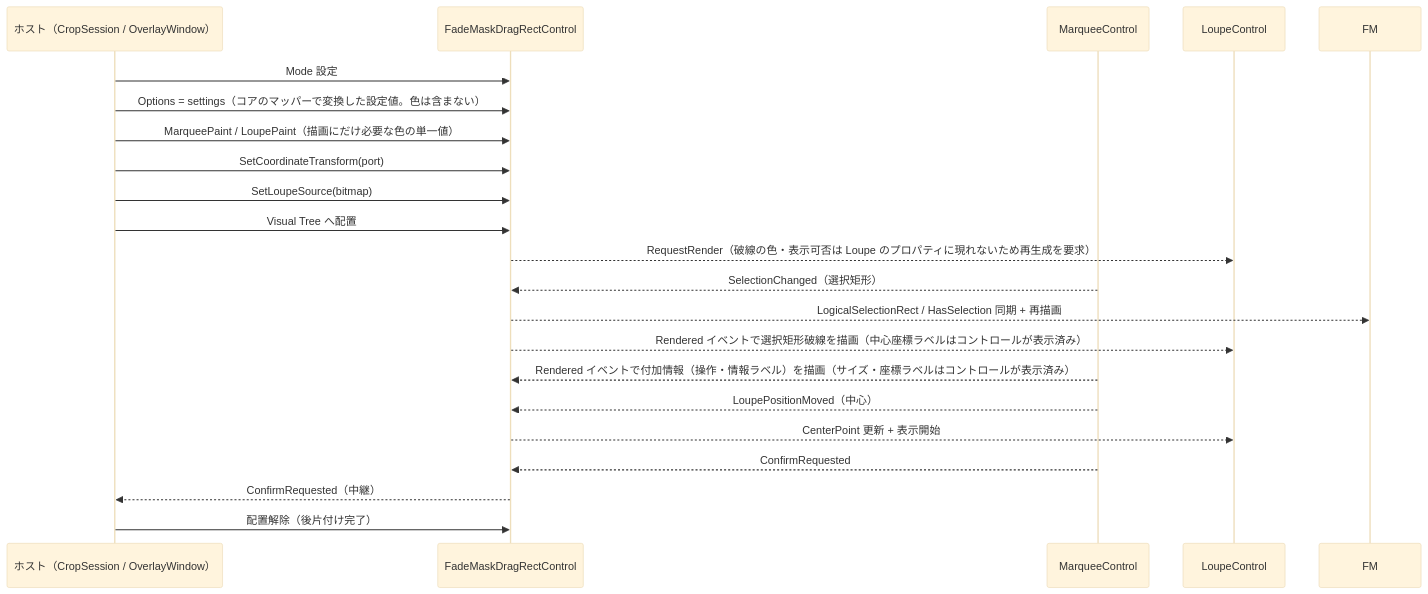
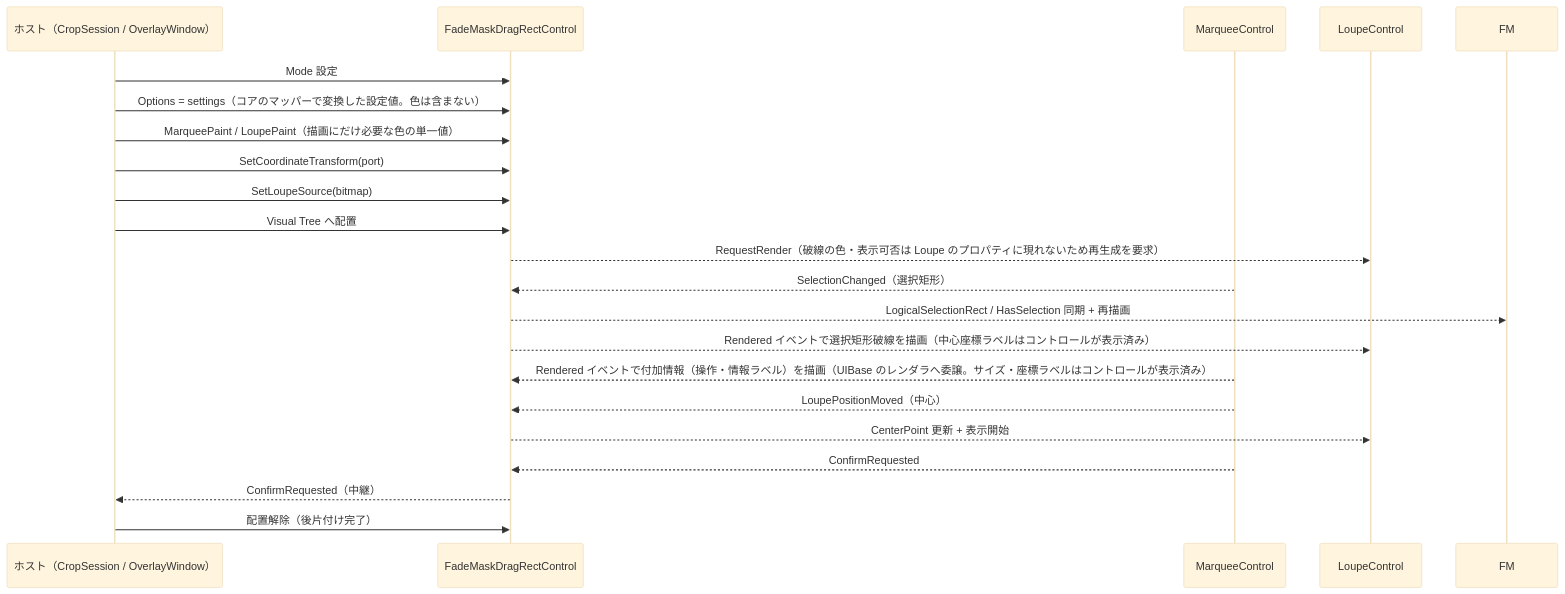
Before and after one commit to tomokuni/SaveEvidence: the second of 2 diagrams in src/FadeMaskDragRectControl.AvaloniaUI/SPEC_System.md, drawn with Mermaid (base theme). The commit also changed other lines of this file and 30 other files, not shown here.

````diff
--- a/src/FadeMaskDragRectControl.AvaloniaUI/SPEC_System.md
+++ b/src/FadeMaskDragRectControl.AvaloniaUI/SPEC_System.md
@@ -178,25 +179,25 @@
 ```mermaid
 sequenceDiagram
     participant H as ホスト（CropSession / OverlayWindow）
     participant C as FadeMaskDragRectControl
     participant DR as MarqueeControl
     
     participant LC as LoupeControl
 
     H->>C: Mode 設定
     H->>C: Options = settings（コアのマッパーで変換した設定値。色は含まない）
     H->>C: MarqueePaint / LoupePaint（描画にだけ必要な色の単一値）
     H->>C: SetCoordinateTransform(port)
     H->>C: SetLoupeSource(bitmap)
     H->>C: Visual Tree へ配置
     C-->>LC: RequestRender（破線の色・表示可否は Loupe のプロパティに現れないため再生成を要求）
     DR-->>C: SelectionChanged（選択矩形）
     C-->>FM: LogicalSelectionRect / HasSelection 同期 + 再描画
     C-->>LC: Rendered イベントで選択矩形破線を描画（中心座標ラベルはコントロールが表示済み）
-    DR-->>C: Rendered イベントで付加情報（操作・情報ラベル）を描画（サイズ・座標ラベルはコントロールが表示済み）
+    DR-->>C: Rendered イベントで付加情報（操作・情報ラベル）を描画（UIBase のレンダラへ委譲。サイズ・座標ラベルはコントロールが表示済み）
     DR-->>C: LoupePositionMoved（中心）
     C-->>LC: CenterPoint 更新 + 表示開始
     DR-->>C: ConfirmRequested
     C-->>H: ConfirmRequested（中継）
     H->>C: 配置解除（後片付け完了）
 ```
````
